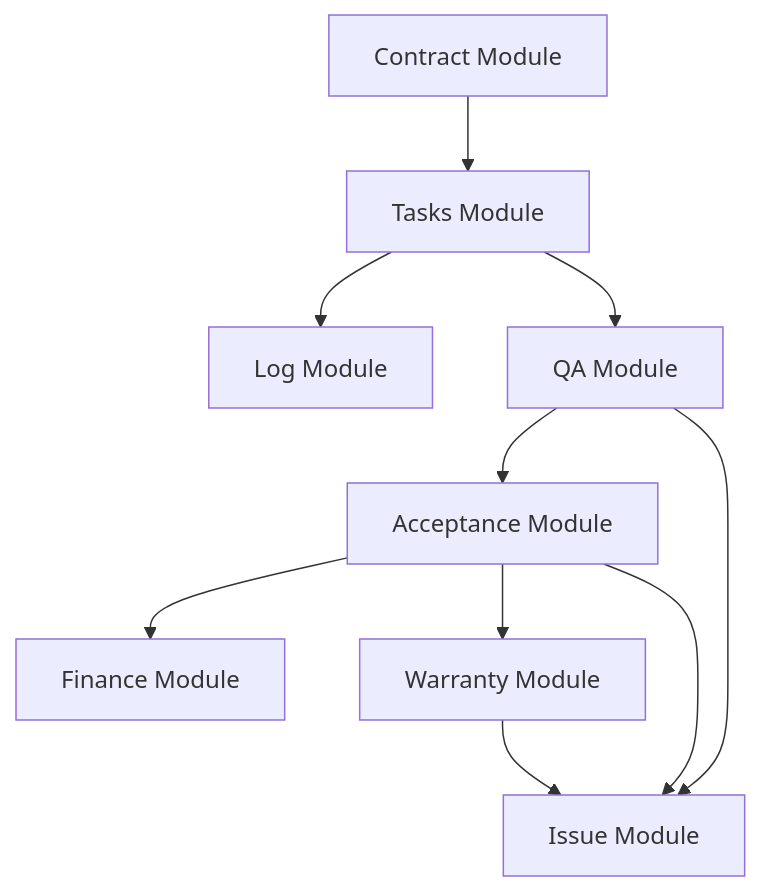
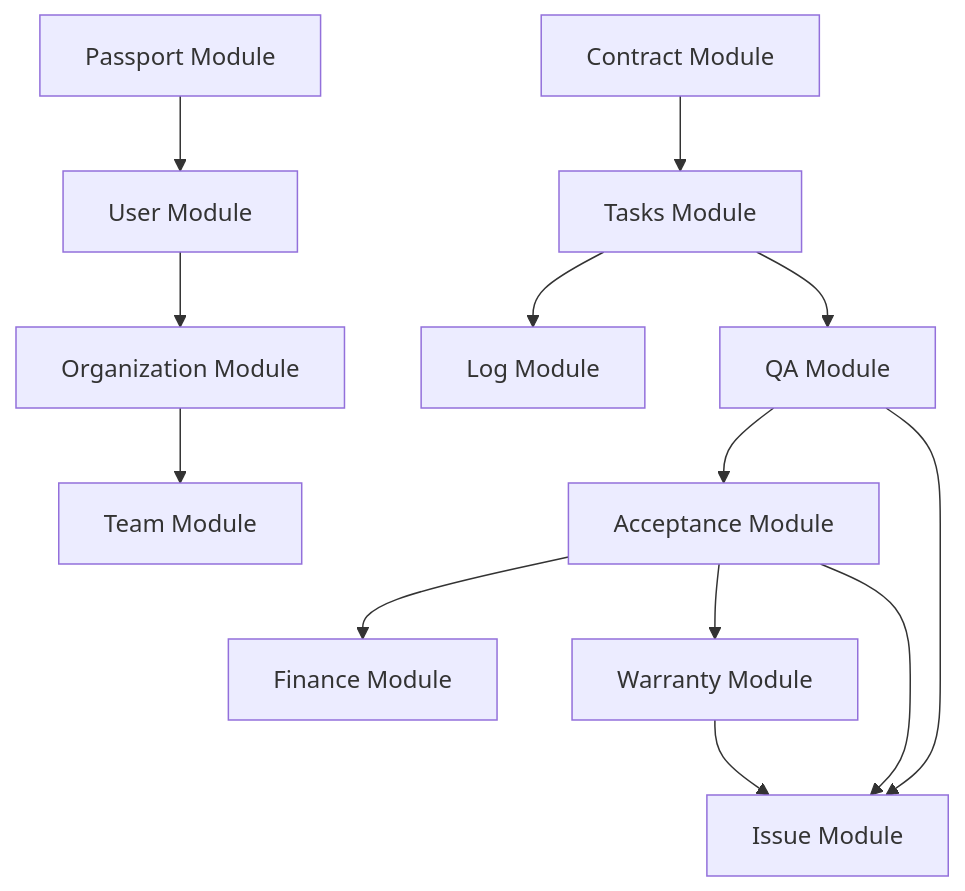
Before and after one commit to ac484/ng-gighub: the diagram in docs/Archived/INDEX.md, drawn with Mermaid. The commit also changed other lines of this file and 6 other files, not shown here.

Commit message:
Add Foundation Layer documentation (Auth, Org, Team, User, Layout, Settings)

````diff
--- a/docs/Archived/INDEX.md
+++ b/docs/Archived/INDEX.md
@@ -142,12 +164,16 @@
 ```mermaid
 graph TD
+    Passport[Passport Module] --> User[User Module]
+    User --> Org[Organization Module]
+    Org --> Team[Team Module]
+    
     Contract[Contract Module] --> Task[Tasks Module]
     Task --> Log[Log Module]
     Task --> QA[QA Module]
     QA --> Acceptance[Acceptance Module]
     Acceptance --> Finance[Finance Module]
     Acceptance --> Warranty[Warranty Module]
     QA --> Issue[Issue Module]
     Warranty --> Issue
     Acceptance --> Issue
 ```
````
